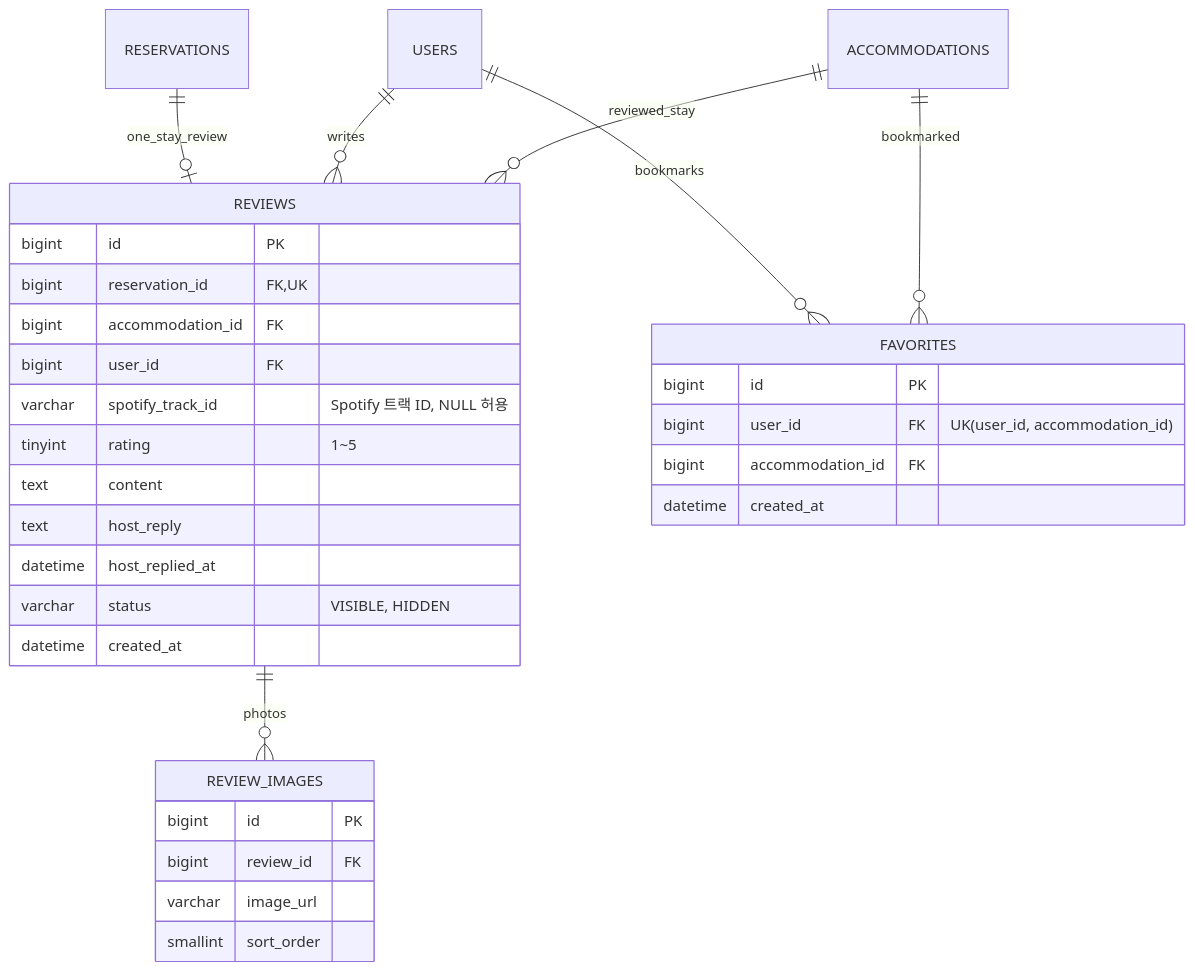
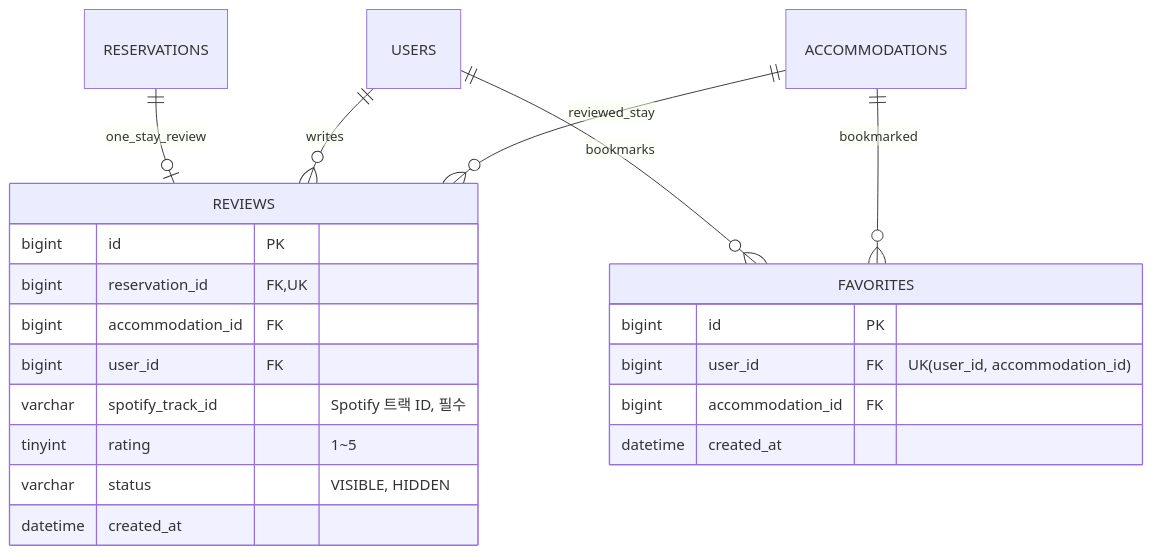
One commit to Yunjeong-0531/preen-backend changed the fourth of 4 diagrams in docs/StayBook_ERD_1차구현.md. Above: the diagram before and after it, drawn with Mermaid. The commit also changed other lines of this file and 11 other files, not shown here.

````diff
--- a/docs/StayBook_ERD_1차구현.md
+++ b/docs/StayBook_ERD_1차구현.md
@@ -481,35 +482,25 @@
 ```mermaid
 erDiagram
     RESERVATIONS ||--o| REVIEWS : one_stay_review
     USERS ||--o{ REVIEWS : writes
     ACCOMMODATIONS ||--o{ REVIEWS : reviewed_stay
-    REVIEWS ||--o{ REVIEW_IMAGES : photos
     USERS ||--o{ FAVORITES : bookmarks
     ACCOMMODATIONS ||--o{ FAVORITES : bookmarked
 
     REVIEWS {
         bigint id PK
         bigint reservation_id FK, UK
         bigint accommodation_id FK
         bigint user_id FK
-        varchar spotify_track_id "Spotify 트랙 ID, NULL 허용"
+        varchar spotify_track_id "Spotify 트랙 ID, 필수"
         tinyint rating "1~5"
-        text content
-        text host_reply
-        datetime host_replied_at
         varchar status "VISIBLE, HIDDEN"
         datetime created_at
-    }
-    REVIEW_IMAGES {
-        bigint id PK
-        bigint review_id FK
-        varchar image_url
-        smallint sort_order
     }
     FAVORITES {
         bigint id PK
         bigint user_id FK "UK(user_id, accommodation_id)"
         bigint accommodation_id FK
         datetime created_at
     }
 ```
````
